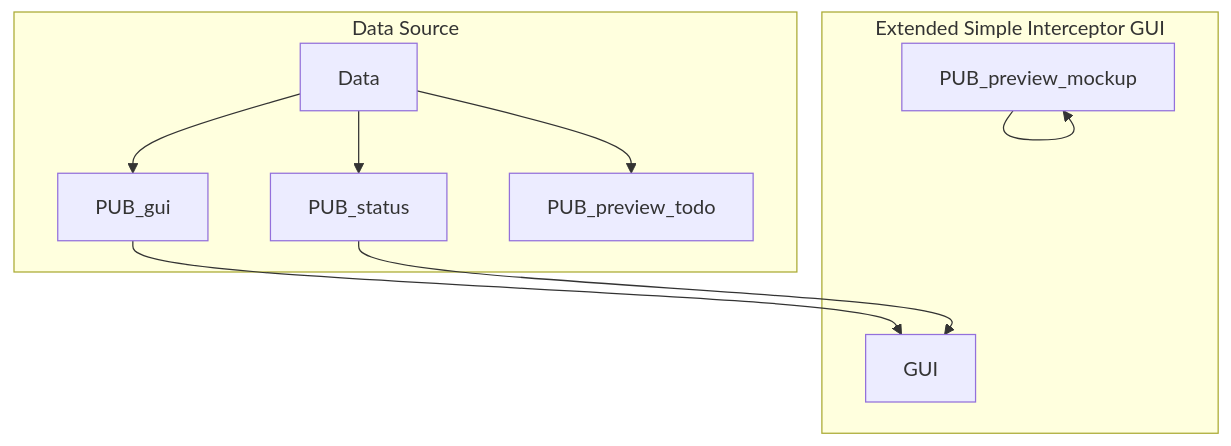
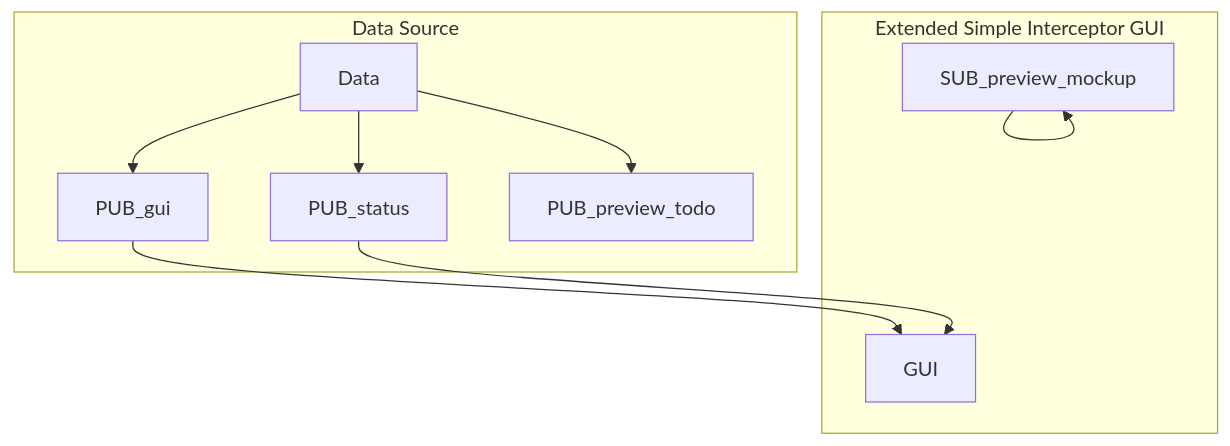
One commit to AleksanderCehovin/interceptor changed the second of 2 diagrams in README.md. Above: the diagram before and after it, drawn with Mermaid.

Commit message:
Minor dc fix

````diff
--- a/README.md
+++ b/README.md
@@ -109,17 +109,17 @@
 ```mermaid
 graph TD;
 
   subgraph "Extended Simple Interceptor GUI"
   GUI;
-  PUB_preview_mockup --> PUB_preview_mockup;
+  SUB_preview_mockup --> SUB_preview_mockup;
   end
 
 
   subgraph "Data Source"
   Data --> PUB_gui;
   Data --> PUB_status;
   Data --> PUB_preview_todo;
   PUB_gui --> GUI;
   PUB_status --> GUI;
   end
 ```
````
